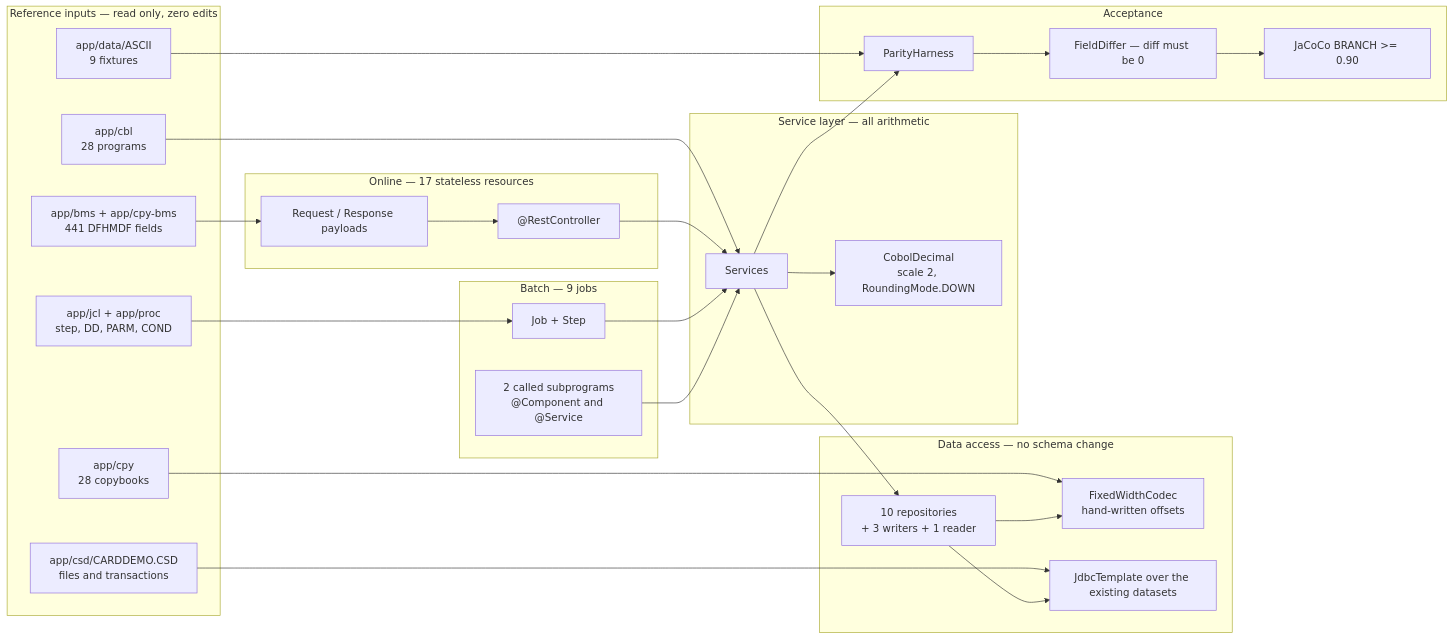
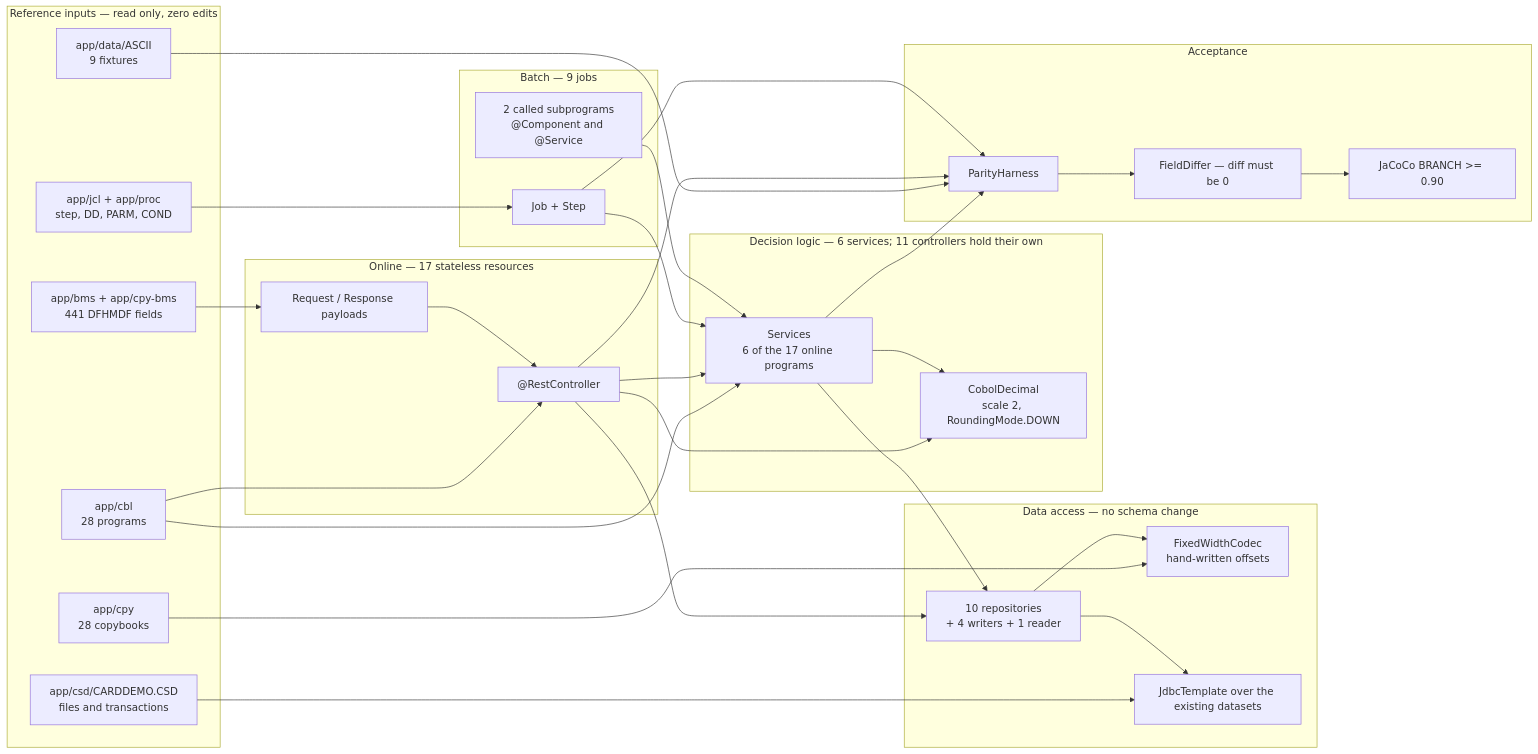
Before and after one commit to Blitzy-Sandbox/blitzy-card-demo: the second of 2 diagrams in docs/project-guide.md, drawn with Mermaid. The commit also changed other lines of this file and 373 other files, not shown here.

````diff
--- a/docs/project-guide.md
+++ b/docs/project-guide.md
@@ -478,50 +506,55 @@
 ```mermaid
 flowchart LR
     subgraph REF["Reference inputs — read only, zero edits"]
         CBL["app/cbl<br/>28 programs"]
         CPY["app/cpy<br/>28 copybooks"]
         BMS["app/bms + app/cpy-bms<br/>441 DFHMDF fields"]
         JCL["app/jcl + app/proc<br/>step, DD, PARM, COND"]
         CSD["app/csd/CARDDEMO.CSD<br/>files and transactions"]
         FIX["app/data/ASCII<br/>9 fixtures"]
     end
     subgraph ONLINE["Online — 17 stateless resources"]
         DTO["Request / Response payloads"]
         CTRL["@RestController"]
     end
     subgraph BATCH["Batch — 9 jobs"]
         JOB["Job + Step"]
         SUB["2 called subprograms<br/>@Component and @Service"]
     end
-    subgraph SVC["Service layer — all arithmetic"]
-        SERV["Services"]
+    subgraph SVC["Decision logic — 6 services; 11 controllers hold their own"]
+        SERV["Services<br/>6 of the 17 online programs"]
         CD["CobolDecimal<br/>scale 2, RoundingMode.DOWN"]
     end
     subgraph DATA["Data access — no schema change"]
-        REPO["10 repositories<br/>+ 3 writers + 1 reader"]
+        REPO["10 repositories<br/>+ 4 writers + 1 reader"]
         CODEC["FixedWidthCodec<br/>hand-written offsets"]
         JDBC["JdbcTemplate over the existing datasets"]
     end
     subgraph GATE["Acceptance"]
         PH["ParityHarness"]
         FD["FieldDiffer — diff must be 0"]
         JC["JaCoCo BRANCH >= 0.90"]
     end
     BMS --> DTO
     CPY --> CODEC
     JCL --> JOB
     CSD --> JDBC
     CBL --> SERV
+    CBL --> CTRL
     DTO --> CTRL
     CTRL --> SERV
+    CTRL --> CD
+    CTRL --> REPO
     JOB --> SERV
     SUB --> SERV
     SERV --> CD
     SERV --> REPO
     REPO --> CODEC
     REPO --> JDBC
     FIX --> PH
     SERV --> PH
+    CTRL --> PH
+    JOB --> PH
     PH --> FD
     FD --> JC
 ```
````
